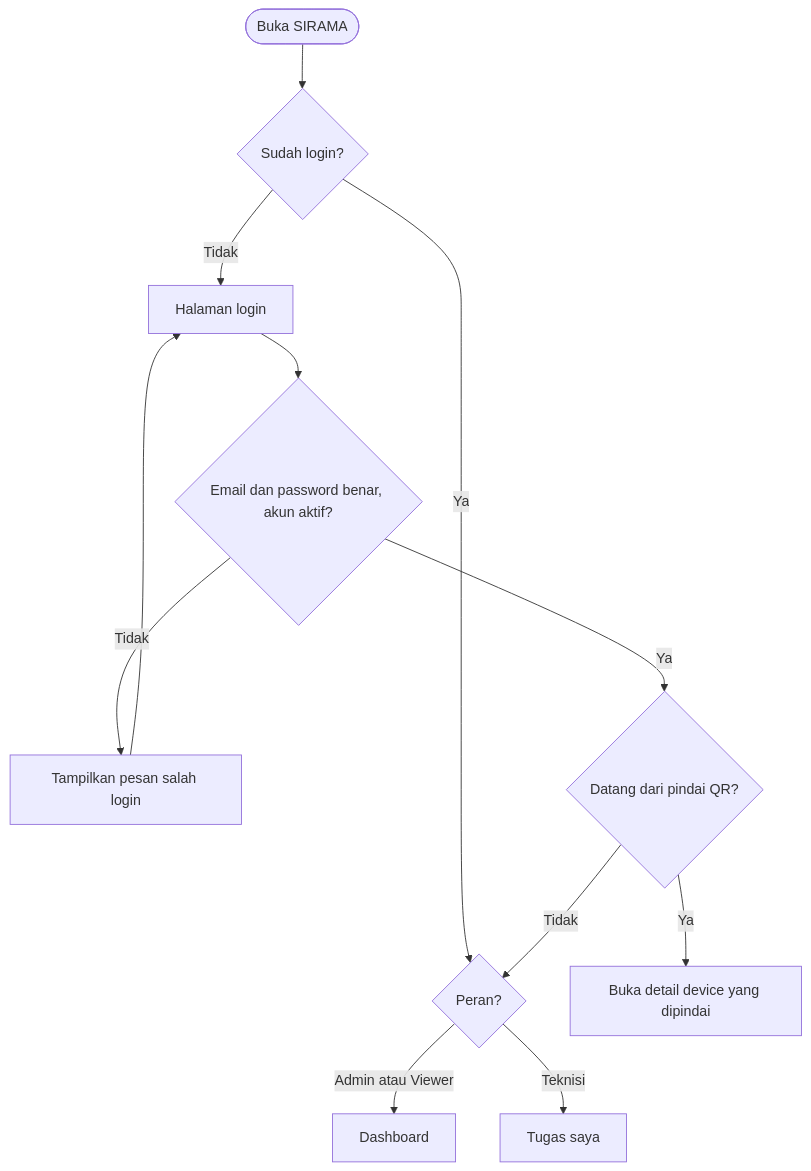
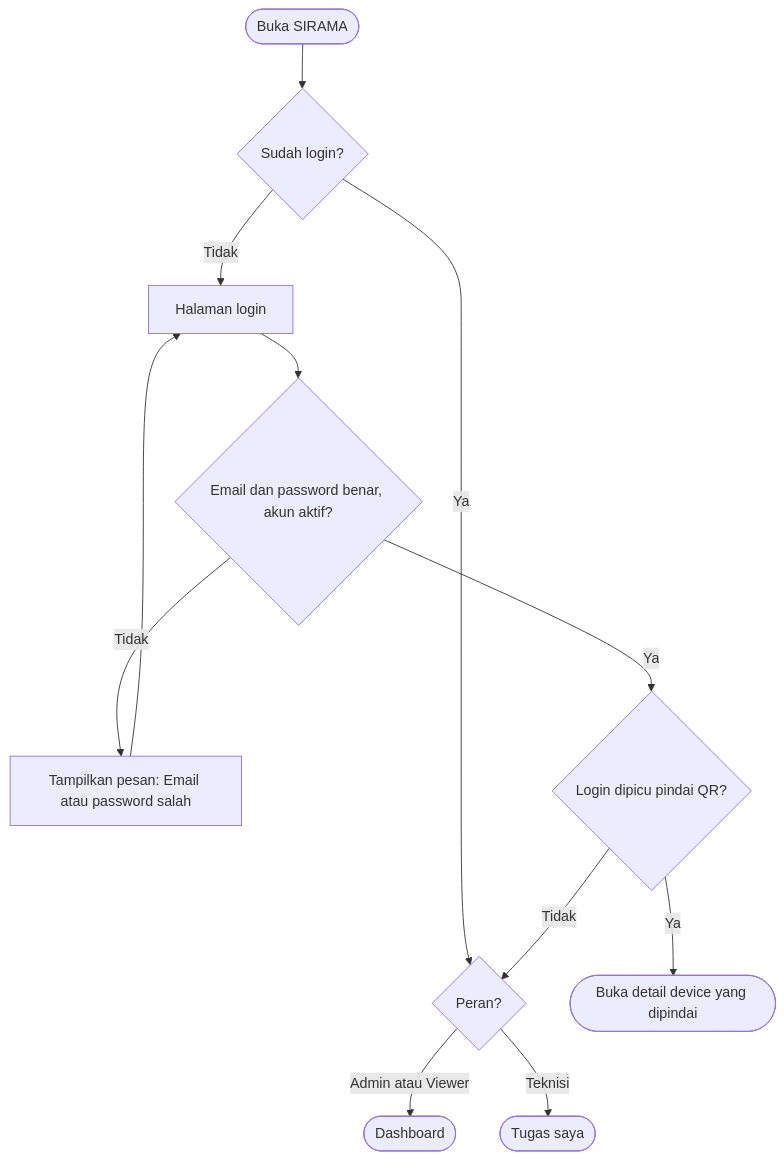
One commit to haldrianlab-arch/DCM_PROJECT changed the first of 6 diagrams in docs/diagrams/flowchart.md. Above: the diagram before and after it, drawn with Mermaid. The commit also changed other lines of this file and 10 other files, not shown here.

Commit message:
docs: PRD v0.3, design spec v0.3, flowchart dan use case diperbarui

````diff
--- a/docs/diagrams/flowchart.md
+++ b/docs/diagrams/flowchart.md
@@ -18,13 +22,13 @@
 ```mermaid
 flowchart TD
     A([Buka SIRAMA]) --> B{Sudah login?}
     B -- Ya --> E{Peran?}
     B -- Tidak --> C[Halaman login]
     C --> D{Email dan password benar, akun aktif?}
-    D -- Tidak --> C1[Tampilkan pesan salah login] --> C
-    D -- Ya --> F{Datang dari pindai QR?}
-    F -- Ya --> G[Buka detail device yang dipindai]
+    D -- Tidak --> C1[Tampilkan pesan: Email atau password salah] --> C
+    D -- Ya --> F{Login dipicu pindai QR?}
+    F -- Ya --> G([Buka detail device yang dipindai])
     F -- Tidak --> E
-    E -- Admin atau Viewer --> H[Dashboard]
-    E -- Teknisi --> I[Tugas saya]
+    E -- Admin atau Viewer --> H([Dashboard])
+    E -- Teknisi --> I([Tugas saya])
 ```
````
